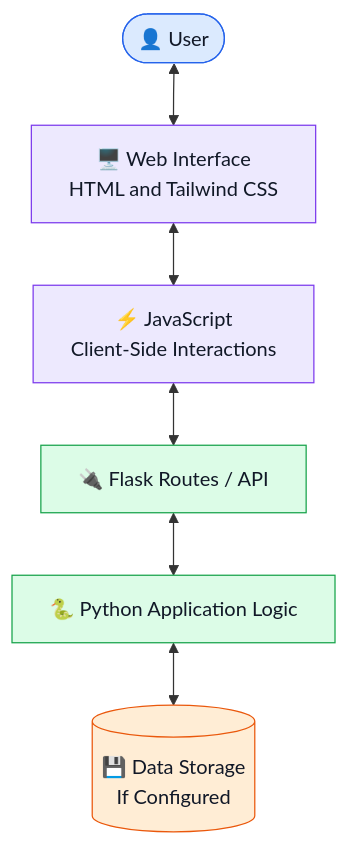
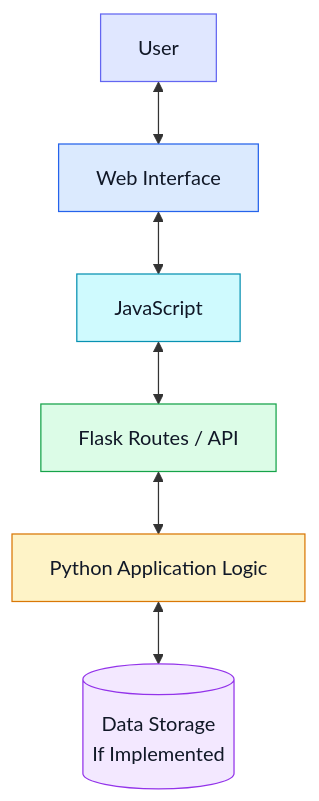
Before and after one commit to maahii-in/first-pratice-2021: the diagram in README.md, drawn with Mermaid. The commit also changed other lines of this file, not shown here.

````diff
--- a/README.md
+++ b/README.md
@@ -286,25 +77,15 @@
 ```mermaid
-flowchart TB
-    U(["👤 User"])
-    UI["🖥️ Web Interface<br/>HTML and Tailwind CSS"]
-    JS["⚡ JavaScript<br/>Client-Side Interactions"]
-    API["🔌 Flask Routes / API"]
-    APP["🐍 Python Application Logic"]
-    DATA[("💾 Data Storage<br/>If Configured")]
+flowchart TD
+    A["User"] <--> B["Web Interface"]
+    B <--> C["JavaScript"]
+    C <--> D["Flask Routes / API"]
+    D <--> E["Python Application Logic"]
+    E <--> F[("Data Storage<br/>If Implemented")]
 
-    U <--> UI
-    UI <--> JS
-    JS <--> API
-    API <--> APP
-    APP <--> DATA
-
-    classDef user fill:#dbeafe,stroke:#2563eb,color:#111827
-    classDef frontend fill:#ede9fe,stroke:#7c3aed,color:#111827
-    classDef backend fill:#dcfce7,stroke:#16a34a,color:#111827
-    classDef storage fill:#ffedd5,stroke:#ea580c,color:#111827
-
-    class U user
-    class UI,JS frontend
-    class API,APP backend
-    class DATA storage
+    style A fill:#E0E7FF,stroke:#6366F1,color:#111827
+    style B fill:#DBEAFE,stroke:#2563EB,color:#111827
+    style C fill:#CFFAFE,stroke:#0891B2,color:#111827
+    style D fill:#DCFCE7,stroke:#16A34A,color:#111827
+    style E fill:#FEF3C7,stroke:#D97706,color:#111827
+    style F fill:#F3E8FF,stroke:#9333EA,color:#111827
 ```
````
